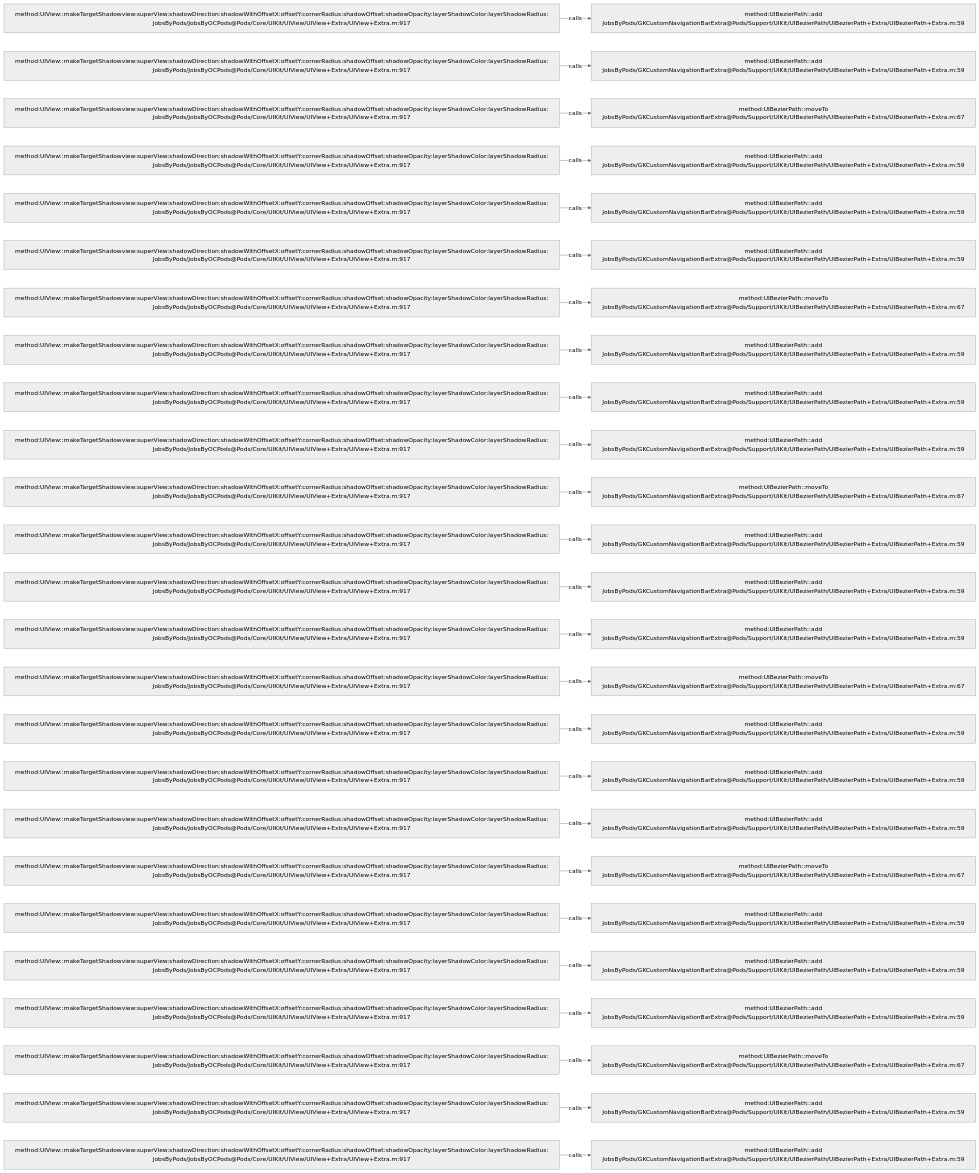
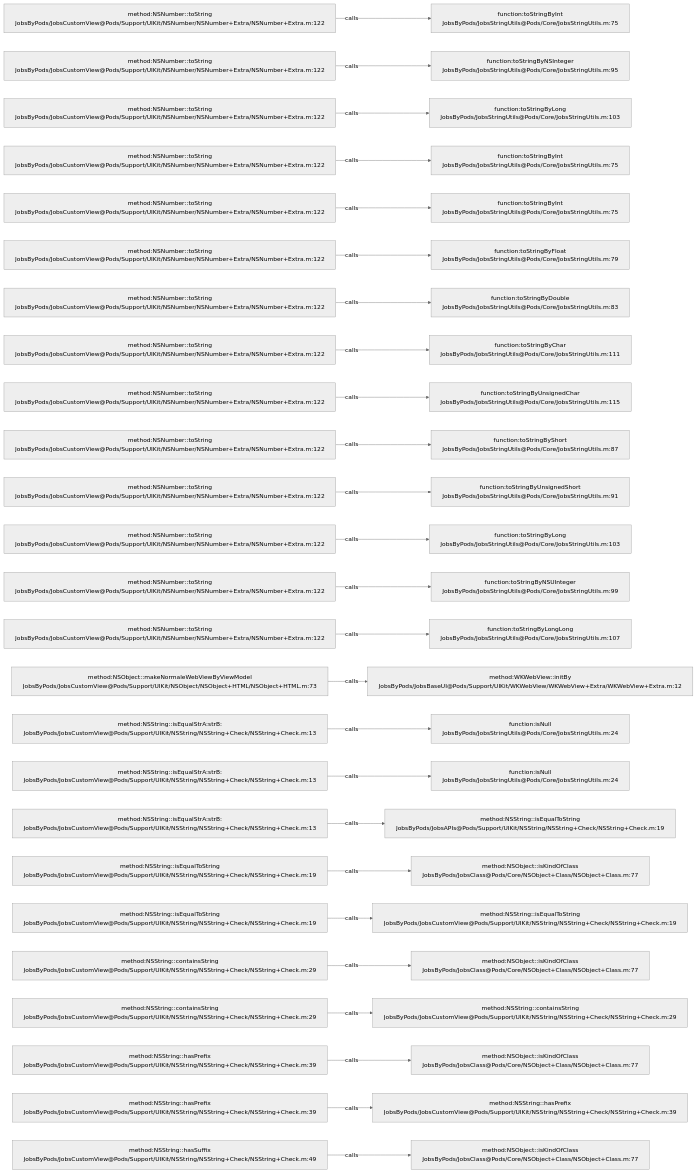
One commit to JobsKits/JobsOCBaseConfigDemo changed the diagram in .codegraph/codegraph.md/graphs/calls-084.md. Above: the diagram before and after it, drawn with Mermaid (neutral theme). The commit also changed 1026 other files, not shown here.

````diff
--- a/.codegraph/codegraph.md/graphs/calls-084.md
+++ b/.codegraph/codegraph.md/graphs/calls-084.md
@@ -13,78 +13,78 @@
 ```mermaid
 flowchart LR
-  S1["method:UIView::makeTargetShadowview:superView:shadowDirection:shadowWithOffsetX:offsetY:cornerRadius:shadowOffset:shadowOpacity:layerShadowColor:layerShadowRadius:<br/>JobsByPods/JobsByOCPods@Pods/Core/UIKit/UIView/UIView+Extra/UIView+Extra.m:917"]
-  T1["method:UIBezierPath::add<br/>JobsByPods/GKCustomNavigationBarExtra@Pods/Support/UIKit/UIBezierPath/UIBezierPath+Extra/UIBezierPath+Extra.m:59"]
+  S1["method:NSNumber::toString<br/>JobsByPods/JobsCustomView@Pods/Support/UIKit/NSNumber/NSNumber+Extra/NSNumber+Extra.m:122"]
+  T1["function:toStringByInt<br/>JobsByPods/JobsStringUtils@Pods/Core/JobsStringUtils.m:75"]
   S1 -->|calls| T1
-  S2["method:UIView::makeTargetShadowview:superView:shadowDirection:shadowWithOffsetX:offsetY:cornerRadius:shadowOffset:shadowOpacity:layerShadowColor:layerShadowRadius:<br/>JobsByPods/JobsByOCPods@Pods/Core/UIKit/UIView/UIView+Extra/UIView+Extra.m:917"]
-  T2["method:UIBezierPath::add<br/>JobsByPods/GKCustomNavigationBarExtra@Pods/Support/UIKit/UIBezierPath/UIBezierPath+Extra/UIBezierPath+Extra.m:59"]
+  S2["method:NSNumber::toString<br/>JobsByPods/JobsCustomView@Pods/Support/UIKit/NSNumber/NSNumber+Extra/NSNumber+Extra.m:122"]
+  T2["function:toStringByNSInteger<br/>JobsByPods/JobsStringUtils@Pods/Core/JobsStringUtils.m:95"]
   S2 -->|calls| T2
-  S3["method:UIView::makeTargetShadowview:superView:shadowDirection:shadowWithOffsetX:offsetY:cornerRadius:shadowOffset:shadowOpacity:layerShadowColor:layerShadowRadius:<br/>JobsByPods/JobsByOCPods@Pods/Core/UIKit/UIView/UIView+Extra/UIView+Extra.m:917"]
-  T3["method:UIBezierPath::moveTo<br/>JobsByPods/GKCustomNavigationBarExtra@Pods/Support/UIKit/UIBezierPath/UIBezierPath+Extra/UIBezierPath+Extra.m:67"]
+  S3["method:NSNumber::toString<br/>JobsByPods/JobsCustomView@Pods/Support/UIKit/NSNumber/NSNumber+Extra/NSNumber+Extra.m:122"]
+  T3["function:toStringByLong<br/>JobsByPods/JobsStringUtils@Pods/Core/JobsStringUtils.m:103"]
   S3 -->|calls| T3
-  S4["method:UIView::makeTargetShadowview:superView:shadowDirection:shadowWithOffsetX:offsetY:cornerRadius:shadowOffset:shadowOpacity:layerShadowColor:layerShadowRadius:<br/>JobsByPods/JobsByOCPods@Pods/Core/UIKit/UIView/UIView+Extra/UIView+Extra.m:917"]
-  T4["method:UIBezierPath::add<br/>JobsByPods/GKCustomNavigationBarExtra@Pods/Support/UIKit/UIBezierPath/UIBezierPath+Extra/UIBezierPath+Extra.m:59"]
+  S4["method:NSNumber::toString<br/>JobsByPods/JobsCustomView@Pods/Support/UIKit/NSNumber/NSNumber+Extra/NSNumber+Extra.m:122"]
+  T4["function:toStringByInt<br/>JobsByPods/JobsStringUtils@Pods/Core/JobsStringUtils.m:75"]
   S4 -->|calls| T4
-  S5["method:UIView::makeTargetShadowview:superView:shadowDirection:shadowWithOffsetX:offsetY:cornerRadius:shadowOffset:shadowOpacity:layerShadowColor:layerShadowRadius:<br/>JobsByPods/JobsByOCPods@Pods/Core/UIKit/UIView/UIView+Extra/UIView+Extra.m:917"]
-  T5["method:UIBezierPath::add<br/>JobsByPods/GKCustomNavigationBarExtra@Pods/Support/UIKit/UIBezierPath/UIBezierPath+Extra/UIBezierPath+Extra.m:59"]
+  S5["method:NSNumber::toString<br/>JobsByPods/JobsCustomView@Pods/Support/UIKit/NSNumber/NSNumber+Extra/NSNumber+Extra.m:122"]
+  T5["function:toStringByInt<br/>JobsByPods/JobsStringUtils@Pods/Core/JobsStringUtils.m:75"]
   S5 -->|calls| T5
-  S6["method:UIView::makeTargetShadowview:superView:shadowDirection:shadowWithOffsetX:offsetY:cornerRadius:shadowOffset:shadowOpacity:layerShadowColor:layerShadowRadius:<br/>JobsByPods/JobsByOCPods@Pods/Core/UIKit/UIView/UIView+Extra/UIView+Extra.m:917"]
-  T6["method:UIBezierPath::add<br/>JobsByPods/GKCustomNavigationBarExtra@Pods/Support/UIKit/UIBezierPath/UIBezierPath+Extra/UIBezierPath+Extra.m:59"]
+  S6["method:NSNumber::toString<br/>JobsByPods/JobsCustomView@Pods/Support/UIKit/NSNumber/NSNumber+Extra/NSNumber+Extra.m:122"]
+  T6["function:toStringByFloat<br/>JobsByPods/JobsStringUtils@Pods/Core/JobsStringUtils.m:79"]
   S6 -->|calls| T6
-  S7["method:UIView::makeTargetShadowview:superView:shadowDirection:shadowWithOffsetX:offsetY:cornerRadius:shadowOffset:shadowOpacity:layerShadowColor:layerShadowRadius:<br/>JobsByPods/JobsByOCPods@Pods/Core/UIKit/UIView/UIView+Extra/UIView+Extra.m:917"]
-  T7["method:UIBezierPath::moveTo<br/>JobsByPods/GKCustomNavigationBarExtra@Pods/Support/UIKit/UIBezierPath/UIBezierPath+Extra/UIBezierPath+Extra.m:67"]
+  S7["method:NSNumber::toString<br/>JobsByPods/JobsCustomView@Pods/Support/UIKit/NSNumber/NSNumber+Extra/NSNumber+Extra.m:122"]
+  T7["function:toStringByDouble<br/>JobsByPods/JobsStringUtils@Pods/Core/JobsStringUtils.m:83"]
   S7 -->|calls| T7
-  S8["method:UIView::makeTargetShadowview:superView:shadowDirection:shadowWithOffsetX:offsetY:cornerRadius:shadowOffset:shadowOpacity:layerShadowColor:layerShadowRadius:<br/>JobsByPods/JobsByOCPods@Pods/Core/UIKit/UIView/UIView+Extra/UIView+Extra.m:917"]
-  T8["method:UIBezierPath::add<br/>JobsByPods/GKCustomNavigationBarExtra@Pods/Support/UIKit/UIBezierPath/UIBezierPath+Extra/UIBezierPath+Extra.m:59"]
+  S8["method:NSNumber::toString<br/>JobsByPods/JobsCustomView@Pods/Support/UIKit/NSNumber/NSNumber+Extra/NSNumber+Extra.m:122"]
+  T8["function:toStringByChar<br/>JobsByPods/JobsStringUtils@Pods/Core/JobsStringUtils.m:111"]
   S8 -->|calls| T8
-  S9["method:UIView::makeTargetShadowview:superView:shadowDirection:shadowWithOffsetX:offsetY:cornerRadius:shadowOffset:shadowOpacity:layerShadowColor:layerShadowRadius:<br/>JobsByPods/JobsByOCPods@Pods/Core/UIKit/UIView/UIView+Extra/UIView+Extra.m:917"]
-  T9["method:UIBezierPath::add<br/>JobsByPods/GKCustomNavigationBarExtra@Pods/Support/UIKit/UIBezierPath/UIBezierPath+Extra/UIBezierPath+Extra.m:59"]
+  S9["method:NSNumber::toString<br/>JobsByPods/JobsCustomView@Pods/Support/UIKit/NSNumber/NSNumber+Extra/NSNumber+Extra.m:122"]
+  T9["function:toStringByUnsignedChar<br/>JobsByPods/JobsStringUtils@Pods/Core/JobsStringUtils.m:115"]
   S9 -->|calls| T9
-  S10["method:UIView::makeTargetShadowview:superView:shadowDirection:shadowWithOffsetX:offsetY:cornerRadius:shadowOffset:shadowOpacity:layerShadowColor:layerShadowRadius:<br/>JobsByPods/JobsByOCPods@Pods/Core/UIKit/UIView/UIView+Extra/UIView+Extra.m:917"]
-  T10["method:UIBezierPath::add<br/>JobsByPods/GKCustomNavigationBarExtra@Pods/Support/UIKit/UIBezierPath/UIBezierPath+Extra/UIBezierPath+Extra.m:59"]
+  S10["method:NSNumber::toString<br/>JobsByPods/JobsCustomView@Pods/Support/UIKit/NSNumber/NSNumber+Extra/NSNumber+Extra.m:122"]
+  T10["function:toStringByShort<br/>JobsByPods/JobsStringUtils@Pods/Core/JobsStringUtils.m:87"]
   S10 -->|calls| T10
-  S11["method:UIView::makeTargetShadowview:superView:shadowDirection:shadowWithOffsetX:offsetY:cornerRadius:shadowOffset:shadowOpacity:layerShadowColor:layerShadowRadius:<br/>JobsByPods/JobsByOCPods@Pods/Core/UIKit/UIView/UIView+Extra/UIView+Extra.m:917"]
-  T11["method:UIBezierPath::moveTo<br/>JobsByPods/GKCustomNavigationBarExtra@Pods/Support/UIKit/UIBezierPath/UIBezierPath+Extra/UIBezierPath+Extra.m:67"]
+  S11["method:NSNumber::toString<br/>JobsByPods/JobsCustomView@Pods/Support/UIKit/NSNumber/NSNumber+Extra/NSNumber+Extra.m:122"]
+  T11["function:toStringByUnsignedShort<br/>JobsByPods/JobsStringUtils@Pods/Core/JobsStringUtils.m:91"]
   S11 -->|calls| T11
-  S12["method:UIView::makeTargetShadowview:superView:shadowDirection:shadowWithOffsetX:offsetY:cornerRadius:shadowOffset:shadowOpacity:layerShadowColor:layerShadowRadius:<br/>JobsByPods/JobsByOCPods@Pods/Core/UIKit/UIView/UIView+Extra/UIView+Extra.m:917"]
-  T12["method:UIBezierPath::add<br/>JobsByPods/GKCustomNavigationBarExtra@Pods/Support/UIKit/UIBezierPath/UIBezierPath+Extra/UIBezierPath+Extra.m:59"]
+  S12["method:NSNumber::toString<br/>JobsByPods/JobsCustomView@Pods/Support/UIKit/NSNumber/NSNumber+Extra/NSNumber+Extra.m:122"]
+  T12["function:toStringByLong<br/>JobsByPods/JobsStringUtils@Pods/Core/JobsStringUtils.m:103"]
   S12 -->|calls| T12
-  S13["method:UIView::makeTargetShadowview:superView:shadowDirection:shadowWithOffsetX:offsetY:cornerRadius:shadowOffset:shadowOpacity:layerShadowColor:layerShadowRadius:<br/>JobsByPods/JobsByOCPods@Pods/Core/UIKit/UIView/UIView+Extra/UIView+Extra.m:917"]
-  T13["method:UIBezierPath::add<br/>JobsByPods/GKCustomNavigationBarExtra@Pods/Support/UIKit/UIBezierPath/UIBezierPath+Extra/UIBezierPath+Extra.m:59"]
+  S13["method:NSNumber::toString<br/>JobsByPods/JobsCustomView@Pods/Support/UIKit/NSNumber/NSNumber+Extra/NSNumber+Extra.m:122"]
+  T13["function:toStringByNSUInteger<br/>JobsByPods/JobsStringUtils@Pods/Core/JobsStringUtils.m:99"]
   S13 -->|calls| T13
-  S14["method:UIView::makeTargetShadowview:superView:shadowDirection:shadowWithOffsetX:offsetY:cornerRadius:shadowOffset:shadowOpacity:layerShadowColor:layerShadowRadius:<br/>JobsByPods/JobsByOCPods@Pods/Core/UIKit/UIView/UIView+Extra/UIView+Extra.m:917"]
-  T14["method:UIBezierPath::add<br/>JobsByPods/GKCustomNavigationBarExtra@Pods/Support/UIKit/UIBezierPath/UIBezierPath+Extra/UIBezierPath+Extra.m:59"]
+  S14["method:NSNumber::toString<br/>JobsByPods/JobsCustomView@Pods/Support/UIKit/NSNumber/NSNumber+Extra/NSNumber+Extra.m:122"]
+  T14["function:toStringByLongLong<br/>JobsByPods/JobsStringUtils@Pods/Core/JobsStringUtils.m:107"]
   S14 -->|calls| T14
-  S15["method:UIView::makeTargetShadowview:superView:shadowDirection:shadowWithOffsetX:offsetY:cornerRadius:shadowOffset:shadowOpacity:layerShadowColor:layerShadowRadius:<br/>JobsByPods/JobsByOCPods@Pods/Core/UIKit/UIView/UIView+Extra/UIView+Extra.m:917"]
-  T15["method:UIBezierPath::moveTo<br/>JobsByPods/GKCustomNavigationBarExtra@Pods/Support/UIKit/UIBezierPath/UIBezierPath+Extra/UIBezierPath+Extra.m:67"]
+  S15["method:NSObject::makeNormaleWebViewByViewModel<br/>JobsByPods/JobsCustomView@Pods/Support/UIKit/NSObject/NSObject+HTML/NSObject+HTML.m:73"]
+  T15["method:WKWebView::initBy<br/>JobsByPods/JobsBaseUI@Pods/Support/UIKit/WKWebView/WKWebView+Extra/WKWebView+Extra.m:12"]
   S15 -->|calls| T15
-  S16["method:UIView::makeTargetShadowview:superView:shadowDirection:shadowWithOffsetX:offsetY:cornerRadius:shadowOffset:shadowOpacity:layerShadowColor:layerShadowRadius:<br/>JobsByPods/JobsByOCPods@Pods/Core/UIKit/UIView/UIView+Extra/UIView+Extra.m:917"]
-  T16["method:UIBezierPath::add<br/>JobsByPods/GKCustomNavigationBarExtra@Pods/Support/UIKit/UIBezierPath/UIBezierPath+Extra/UIBezierPath+Extra.m:59"]
+  S16["method:NSString::isEqualStrA:strB:<br/>JobsByPods/JobsCustomView@Pods/Support/UIKit/NSString/NSString+Check/NSString+Check.m:13"]
+  T16["function:isNull<br/>JobsByPods/JobsStringUtils@Pods/Core/JobsStringUtils.m:24"]
   S16 -->|calls| T16
-  S17["method:UIView::makeTargetShadowview:superView:shadowDirection:shadowWithOffsetX:offsetY:cornerRadius:shadowOffset:shadowOpacity:layerShadowColor:layerShadowRadius:<br/>JobsByPods/JobsByOCPods@Pods/Core/UIKit/UIView/UIView+Extra/UIView+Extra.m:917"]
-  T17["method:UIBezierPath::add<br/>JobsByPods/GKCustomNavigationBarExtra@Pods/Support/UIKit/UIBezierPath/UIBezierPath+Extra/UIBezierPath+Extra.m:59"]
+  S17["method:NSString::isEqualStrA:strB:<br/>JobsByPods/JobsCustomView@Pods/Support/UIKit/NSString/NSString+Check/NSString+Check.m:13"]
+  T17["function:isNull<br/>JobsByPods/JobsStringUtils@Pods/Core/JobsStringUtils.m:24"]
   S17 -->|calls| T17
-  S18["method:UIView::makeTargetShadowview:superView:shadowDirection:shadowWithOffsetX:offsetY:cornerRadius:shadowOffset:shadowOpacity:layerShadowColor:layerShadowRadius:<br/>JobsByPods/JobsByOCPods@Pods/Core/UIKit/UIView/UIView+Extra/UIView+Extra.m:917"]
-  T18["method:UIBezierPath::add<br/>JobsByPods/GKCustomNavigationBarExtra@Pods/Support/UIKit/UIBezierPath/UIBezierPath+Extra/UIBezierPath+Extra.m:59"]
+  S18["method:NSString::isEqualStrA:strB:<br/>JobsByPods/JobsCustomView@Pods/Support/UIKit/NSString/NSString+Check/NSString+Check.m:13"]
+  T18["method:NSString::isEqualToString<br/>JobsByPods/JobsAPIs@Pods/Support/UIKit/NSString/NSString+Check/NSString+Check.m:19"]
   S18 -->|calls| T18
-  S19["method:UIView::makeTargetShadowview:superView:shadowDirection:shadowWithOffsetX:offsetY:cornerRadius:shadowOffset:shadowOpacity:layerShadowColor:layerShadowRadius:<br/>JobsByPods/JobsByOCPods@Pods/Core/UIKit/UIView/UIView+Extra/UIView+Extra.m:917"]
-  T19["method:UIBezierPath::moveTo<br/>JobsByPods/GKCustomNavigationBarExtra@Pods/Support/UIKit/UIBezierPath/UIBezierPath+Extra/UIBezierPath+Extra.m:67"]
+  S19["method:NSString::isEqualToString<br/>JobsByPods/JobsCustomView@Pods/Support/UIKit/NSString/NSString+Check/NSString+Check.m:19"]
+  T19["method:NSObject::isKindOfClass<br/>JobsByPods/JobsClass@Pods/Core/NSObject+Class/NSObject+Class.m:77"]
   S19 -->|calls| T19
-  S20["method:UIView::makeTargetShadowview:superView:shadowDirection:shadowWithOffsetX:offsetY:cornerRadius:shadowOffset:shadowOpacity:layerShadowColor:layerShadowRadius:<br/>JobsByPods/JobsByOCPods@Pods/Core/UIKit/UIView/UIView+Extra/UIView+Extra.m:917"]
-  T20["method:UIBezierPath::add<br/>JobsByPods/GKCustomNavigationBarExtra@Pods/Support/UIKit/UIBezierPath/UIBezierPath+Extra/UIBezierPath+Extra.m:59"]
+  S20["method:NSString::isEqualToString<br/>JobsByPods/JobsCustomView@Pods/Support/UIKit/NSString/NSString+Check/NSString+Check.m:19"]
+  T20["method:NSString::isEqualToString<br/>JobsByPods/JobsCustomView@Pods/Support/UIKit/NSString/NSString+Check/NSString+Check.m:19"]
   S20 -->|calls| T20
-  S21["method:UIView::makeTargetShadowview:superView:shadowDirection:shadowWithOffsetX:offsetY:cornerRadius:shadowOffset:shadowOpacity:layerShadowColor:layerShadowRadius:<br/>JobsByPods/JobsByOCPods@Pods/Core/UIKit/UIView/UIView+Extra/UIView+Extra.m:917"]
-  T21["method:UIBezierPath::add<br/>JobsByPods/GKCustomNavigationBarExtra@Pods/Support/UIKit/UIBezierPath/UIBezierPath+Extra/UIBezierPath+Extra.m:59"]
+  S21["method:NSString::containsString<br/>JobsByPods/JobsCustomView@Pods/Support/UIKit/NSString/NSString+Check/NSString+Check.m:29"]
+  T21["method:NSObject::isKindOfClass<br/>JobsByPods/JobsClass@Pods/Core/NSObject+Class/NSObject+Class.m:77"]
   S21 -->|calls| T21
-  S22["method:UIView::makeTargetShadowview:superView:shadowDirection:shadowWithOffsetX:offsetY:cornerRadius:shadowOffset:shadowOpacity:layerShadowColor:layerShadowRadius:<br/>JobsByPods/JobsByOCPods@Pods/Core/UIKit/UIView/UIView+Extra/UIView+Extra.m:917"]
-  T22["method:UIBezierPath::add<br/>JobsByPods/GKCustomNavigationBarExtra@Pods/Support/UIKit/UIBezierPath/UIBezierPath+Extra/UIBezierPath+Extra.m:59"]
+  S22["method:NSString::containsString<br/>JobsByPods/JobsCustomView@Pods/Support/UIKit/NSString/NSString+Check/NSString+Check.m:29"]
+  T22["method:NSString::containsString<br/>JobsByPods/JobsCustomView@Pods/Support/UIKit/NSString/NSString+Check/NSString+Check.m:29"]
   S22 -->|calls| T22
-  S23["method:UIView::makeTargetShadowview:superView:shadowDirection:shadowWithOffsetX:offsetY:cornerRadius:shadowOffset:shadowOpacity:layerShadowColor:layerShadowRadius:<br/>JobsByPods/JobsByOCPods@Pods/Core/UIKit/UIView/UIView+Extra/UIView+Extra.m:917"]
-  T23["method:UIBezierPath::moveTo<br/>JobsByPods/GKCustomNavigationBarExtra@Pods/Support/UIKit/UIBezierPath/UIBezierPath+Extra/UIBezierPath+Extra.m:67"]
+  S23["method:NSString::hasPrefix<br/>JobsByPods/JobsCustomView@Pods/Support/UIKit/NSString/NSString+Check/NSString+Check.m:39"]
+  T23["method:NSObject::isKindOfClass<br/>JobsByPods/JobsClass@Pods/Core/NSObject+Class/NSObject+Class.m:77"]
   S23 -->|calls| T23
-  S24["method:UIView::makeTargetShadowview:superView:shadowDirection:shadowWithOffsetX:offsetY:cornerRadius:shadowOffset:shadowOpacity:layerShadowColor:layerShadowRadius:<br/>JobsByPods/JobsByOCPods@Pods/Core/UIKit/UIView/UIView+Extra/UIView+Extra.m:917"]
-  T24["method:UIBezierPath::add<br/>JobsByPods/GKCustomNavigationBarExtra@Pods/Support/UIKit/UIBezierPath/UIBezierPath+Extra/UIBezierPath+Extra.m:59"]
+  S24["method:NSString::hasPrefix<br/>JobsByPods/JobsCustomView@Pods/Support/UIKit/NSString/NSString+Check/NSString+Check.m:39"]
+  T24["method:NSString::hasPrefix<br/>JobsByPods/JobsCustomView@Pods/Support/UIKit/NSString/NSString+Check/NSString+Check.m:39"]
   S24 -->|calls| T24
-  S25["method:UIView::makeTargetShadowview:superView:shadowDirection:shadowWithOffsetX:offsetY:cornerRadius:shadowOffset:shadowOpacity:layerShadowColor:layerShadowRadius:<br/>JobsByPods/JobsByOCPods@Pods/Core/UIKit/UIView/UIView+Extra/UIView+Extra.m:917"]
-  T25["method:UIBezierPath::add<br/>JobsByPods/GKCustomNavigationBarExtra@Pods/Support/UIKit/UIBezierPath/UIBezierPath+Extra/UIBezierPath+Extra.m:59"]
+  S25["method:NSString::hasSuffix<br/>JobsByPods/JobsCustomView@Pods/Support/UIKit/NSString/NSString+Check/NSString+Check.m:49"]
+  T25["method:NSObject::isKindOfClass<br/>JobsByPods/JobsClass@Pods/Core/NSObject+Class/NSObject+Class.m:77"]
   S25 -->|calls| T25
 ```
````
